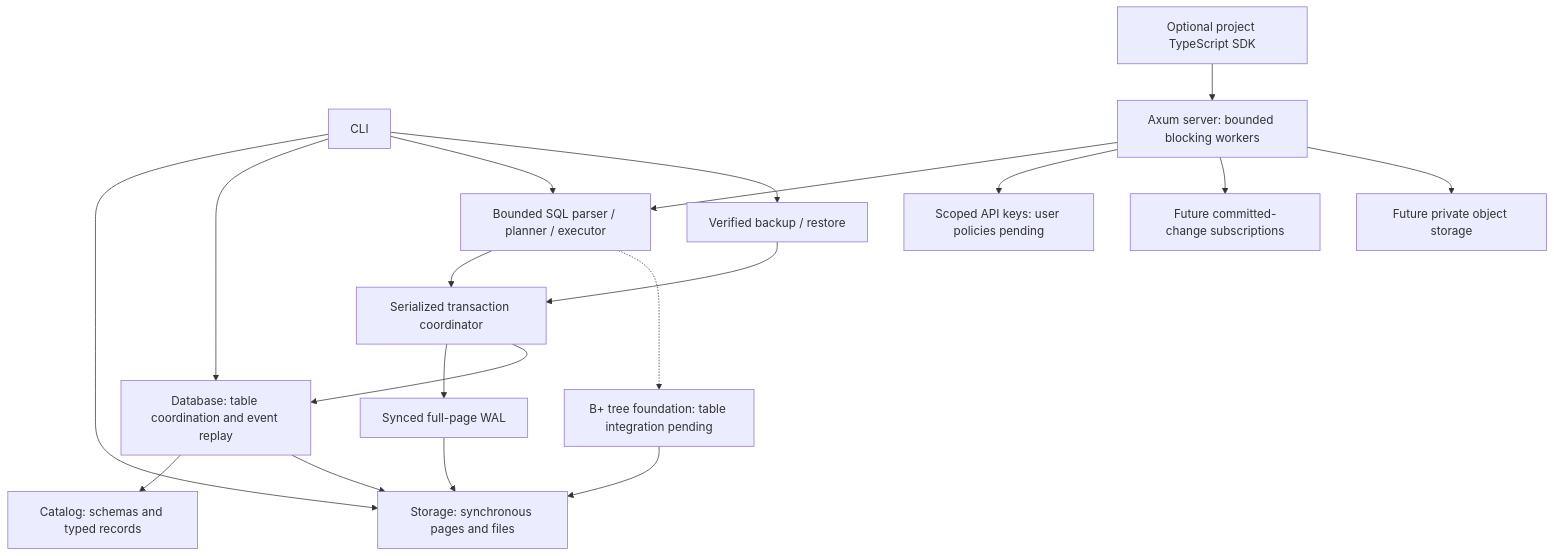
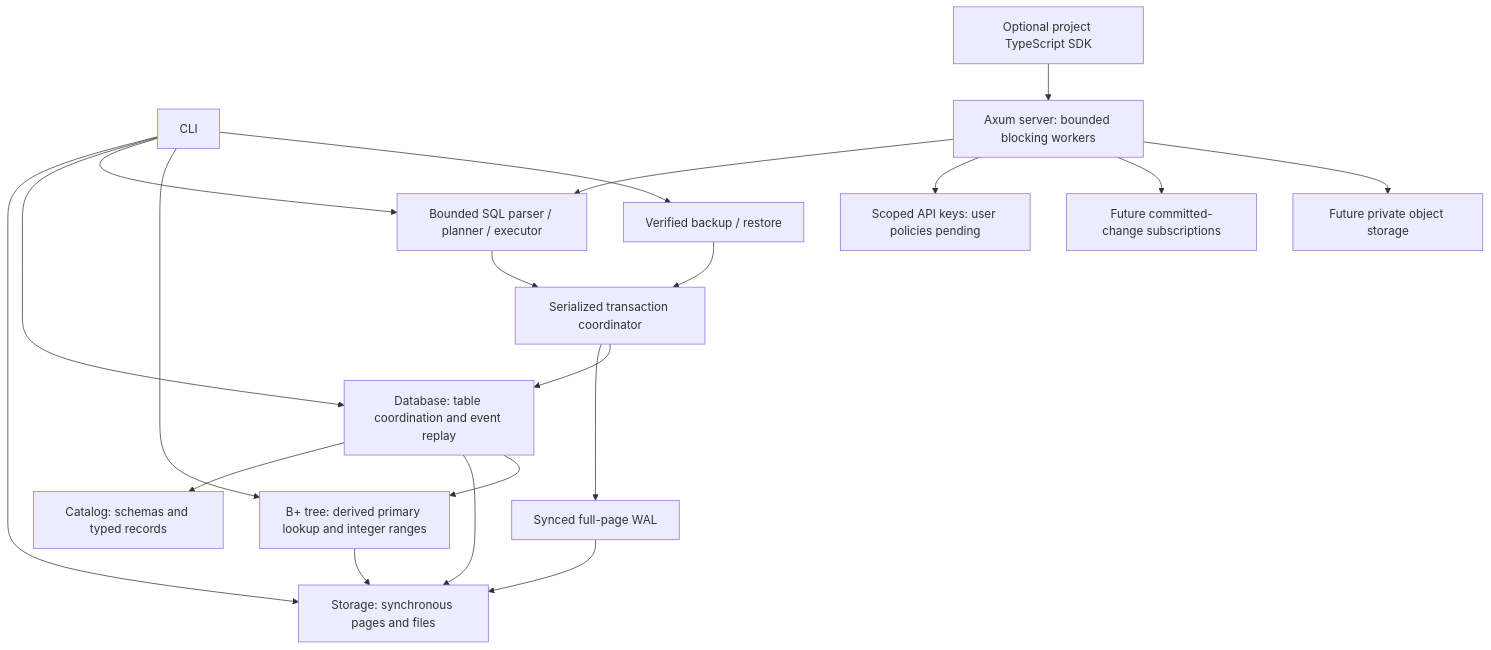
One commit to vantaeonx/EmilyBase changed the diagram in docs/architecture.md. Above: the diagram before and after it, drawn with Mermaid. The commit also changed other lines of this file and 26 other files, not shown here.

Commit message:
feat(query): plan integer primary ranges with checked bounds

````diff
--- a/docs/architecture.md
+++ b/docs/architecture.md
@@ -7,21 +7,22 @@
 ```mermaid
 flowchart TD
   CLI[CLI] --> Storage[Storage: synchronous pages and files]
   CLI --> Database[Database: table coordination and event replay]
   Database --> Catalog[Catalog: schemas and typed records]
   Database --> Storage
   HTTP[Axum server: bounded blocking workers] --> Query[Bounded SQL parser / planner / executor]
   SDK[Optional project TypeScript SDK] --> HTTP
   CLI --> Query
   Query --> Transactions[Serialized transaction coordinator]
   Transactions --> WAL[Synced full-page WAL]
   Transactions --> Database
-  Query -.-> Index[B+ tree foundation: table integration pending]
+  Database --> Index[B+ tree: derived primary lookup and integer ranges]
+  CLI --> Index
   Index --> Storage
   WAL --> Storage
   HTTP --> Auth[Scoped API keys: user policies pending]
   HTTP --> Realtime[Future committed-change subscriptions]
   HTTP --> Objects[Future private object storage]
   CLI --> Backup[Verified backup / restore]
   Backup --> Transactions
 ```
````
